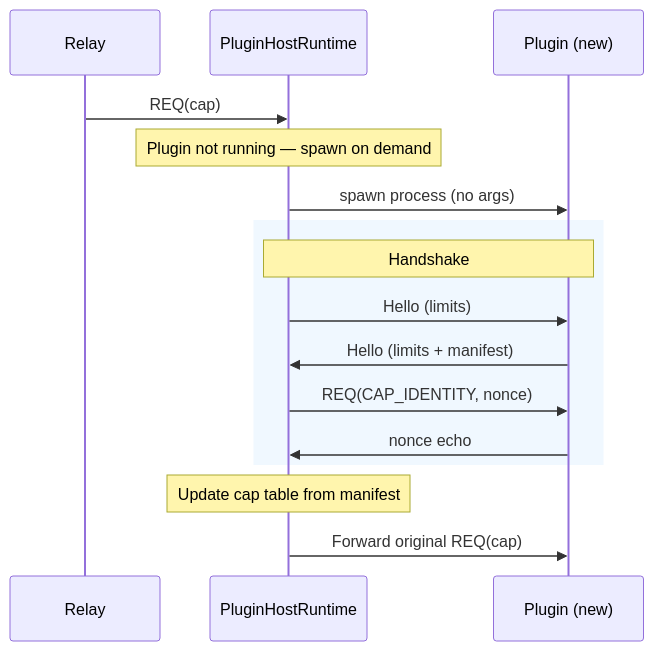
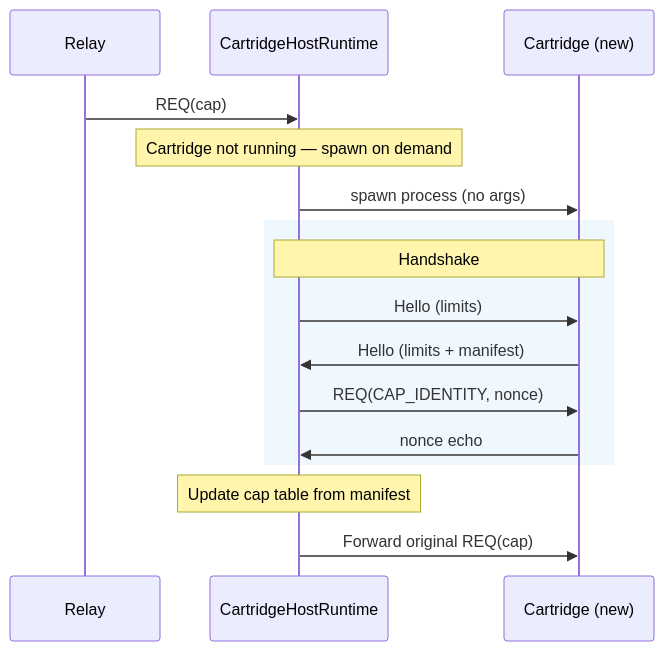
The second of 3 diagrams in docs/14.1-HOST-RUNTIME.md (machinefabric/capns), drawn with Mermaid before and after one commit. The commit also changed other lines of this file and 53 other files, not shown here.

````diff
--- a/docs/14.1-HOST-RUNTIME.md
+++ b/docs/14.1-HOST-RUNTIME.md
@@ -65,21 +65,21 @@
 ```mermaid
 sequenceDiagram
     participant R as Relay
-    participant PH as PluginHostRuntime
-    participant P as Plugin (new)
+    participant PH as CartridgeHostRuntime
+    participant P as Cartridge (new)
 
     R->>PH: REQ(cap)
-    Note over PH: Plugin not running — spawn on demand
+    Note over PH: Cartridge not running — spawn on demand
     PH->>P: spawn process (no args)
 
     rect rgb(240, 248, 255)
         Note over PH,P: Handshake
         PH->>P: Hello (limits)
         P->>PH: Hello (limits + manifest)
         PH->>P: REQ(CAP_IDENTITY, nonce)
         P->>PH: nonce echo
     end
 
     Note over PH: Update cap table from manifest
     PH->>P: Forward original REQ(cap)
 ```
````
